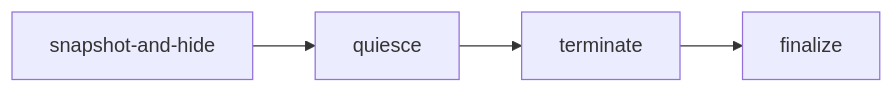
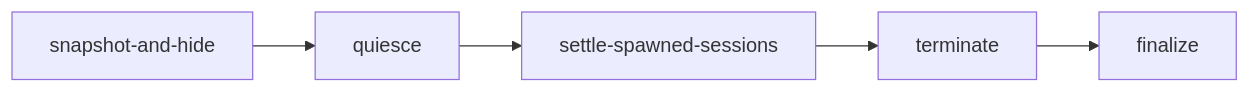
One commit to Fioooooooo/FylloCode changed the second of 2 diagrams in src/main/bootstrap/README.md. Above: the diagram before and after it, drawn with Mermaid. The commit also changed other lines of this file and 57 other files, not shown here.

````diff
--- a/src/main/bootstrap/README.md
+++ b/src/main/bootstrap/README.md
@@ -28,6 +28,7 @@
 ```mermaid
 flowchart LR
   A["snapshot-and-hide"] --> B["quiesce"]
-  B --> C["terminate"]
-  C --> D["finalize"]
+  B --> C["settle-spawned-sessions"]
+  C --> D["terminate"]
+  D --> E["finalize"]
 ```
````
